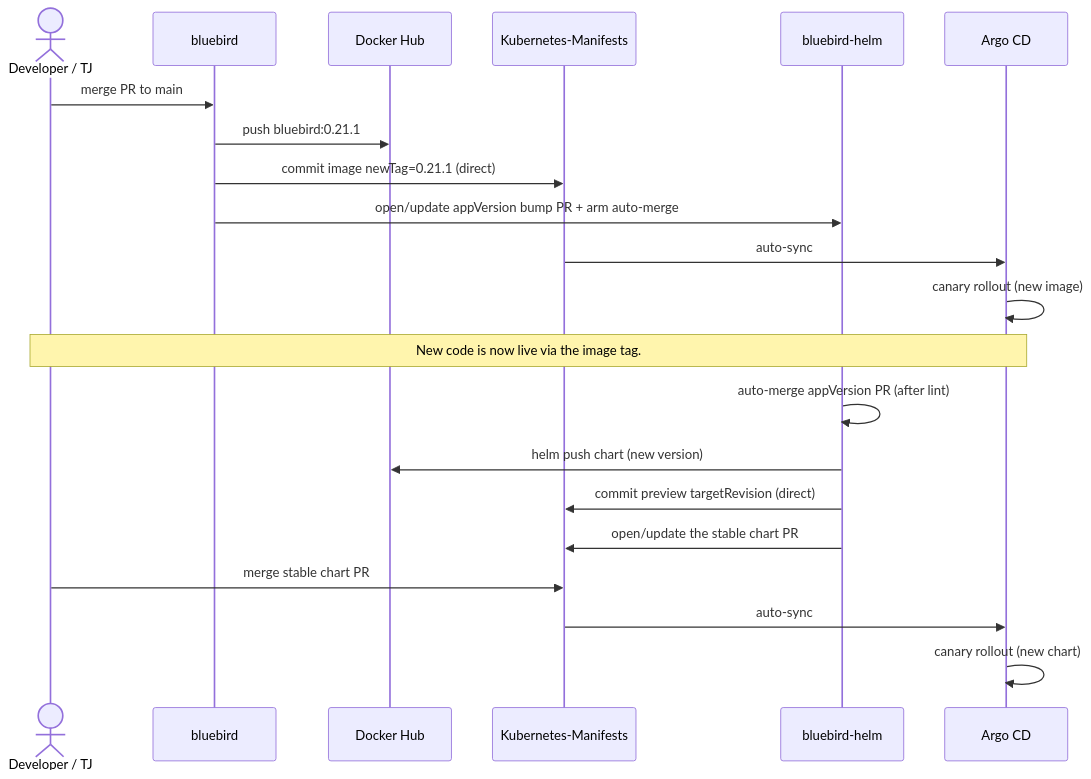
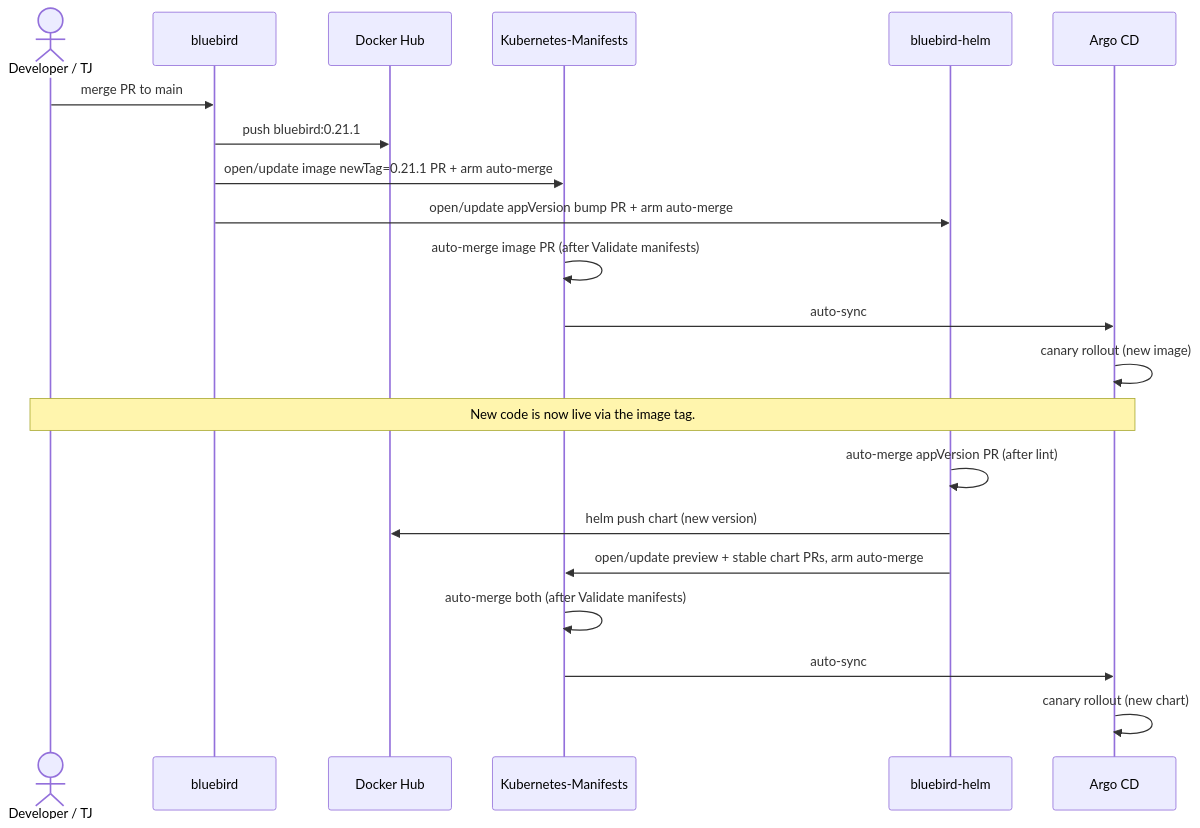
The sixth of 6 diagrams in docs/CICD.md (zimmertr/bluebird), drawn with Mermaid before and after one commit. The commit also changed other lines of this file and 1 other file, not shown here.

First line of the commit message:
ci: land the Kubernetes-Manifests image bump via a self-merging PR

````diff
--- a/docs/CICD.md
+++ b/docs/CICD.md
@@ -463,24 +513,24 @@
 ```mermaid
 sequenceDiagram
     actor Dev as Developer / TJ
     participant BB as bluebird
     participant DH as Docker Hub
     participant KM as Kubernetes-Manifests
     participant HELM as bluebird-helm
     participant ARGO as Argo CD
 
     Dev->>BB: merge PR to main
     BB->>DH: push bluebird:0.21.1
-    BB->>KM: commit image newTag=0.21.1 (direct)
+    BB->>KM: open/update image newTag=0.21.1 PR + arm auto-merge
     BB->>HELM: open/update appVersion bump PR + arm auto-merge
+    KM->>KM: auto-merge image PR (after Validate manifests)
     KM->>ARGO: auto-sync
     ARGO->>ARGO: canary rollout (new image)
     Note over Dev,ARGO: New code is now live via the image tag.
     HELM->>HELM: auto-merge appVersion PR (after lint)
     HELM->>DH: helm push chart (new version)
-    HELM->>KM: commit preview targetRevision (direct)
-    HELM->>KM: open/update the stable chart PR
-    Dev->>KM: merge stable chart PR
+    HELM->>KM: open/update preview + stable chart PRs, arm auto-merge
+    KM->>KM: auto-merge both (after Validate manifests)
     KM->>ARGO: auto-sync
     ARGO->>ARGO: canary rollout (new chart)
 ```
````
